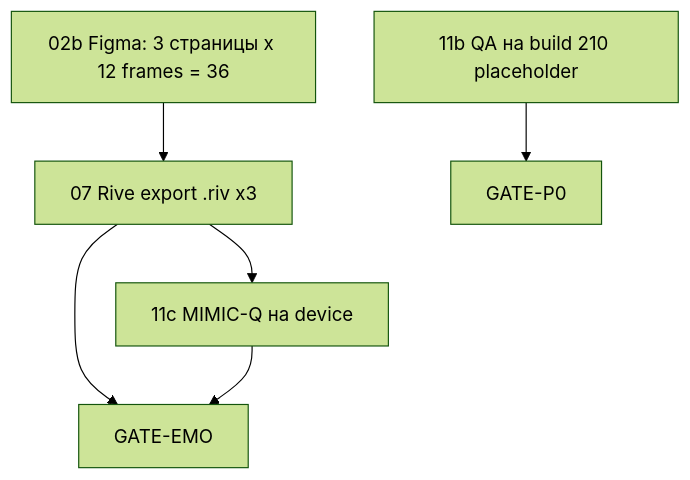
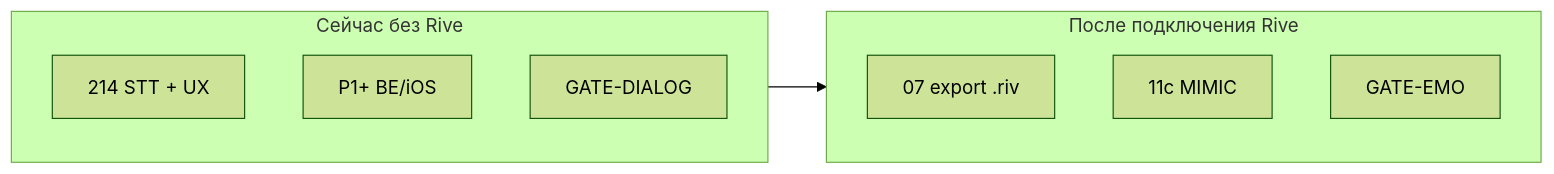
The diagram in docs/COMPANION_ML_HANDOFF_START_HERE.md (sergey234/ALADDIN_FAMILY), drawn with Mermaid (forest theme) before and after one commit. The commit also changed other lines of this file and 15 other files, not shown here.

First line of the commit message:
chore(release): bump iOS build to 214 with STT and Child Rewards entry

````diff
--- a/docs/COMPANION_ML_HANDOFF_START_HERE.md
+++ b/docs/COMPANION_ML_HANDOFF_START_HERE.md
@@ -22,8 +23,14 @@
 ```mermaid
-flowchart TD
-  A[02b Figma: 3 страницы x 12 frames = 36] --> B[07 Rive export .riv x3]
-  B --> C[11c MIMIC-Q на device]
-  D[11b QA на build 210 placeholder] --> E[GATE-P0]
-  B --> F[GATE-EMO]
-  C --> F
+flowchart LR
+  subgraph now["Сейчас без Rive"]
+    A[214 STT + UX]
+    B[P1+ BE/iOS]
+    C[GATE-DIALOG]
+  end
+  subgraph later["После подключения Rive"]
+    D[07 export .riv]
+    E[11c MIMIC]
+    F[GATE-EMO]
+  end
+  now --> later
 ```
````
